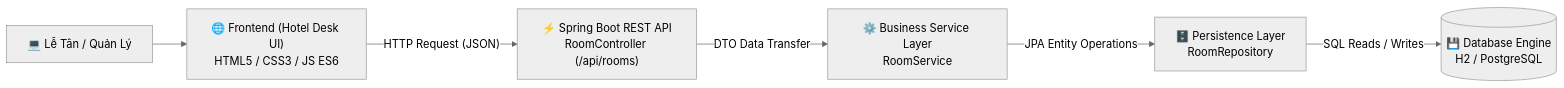
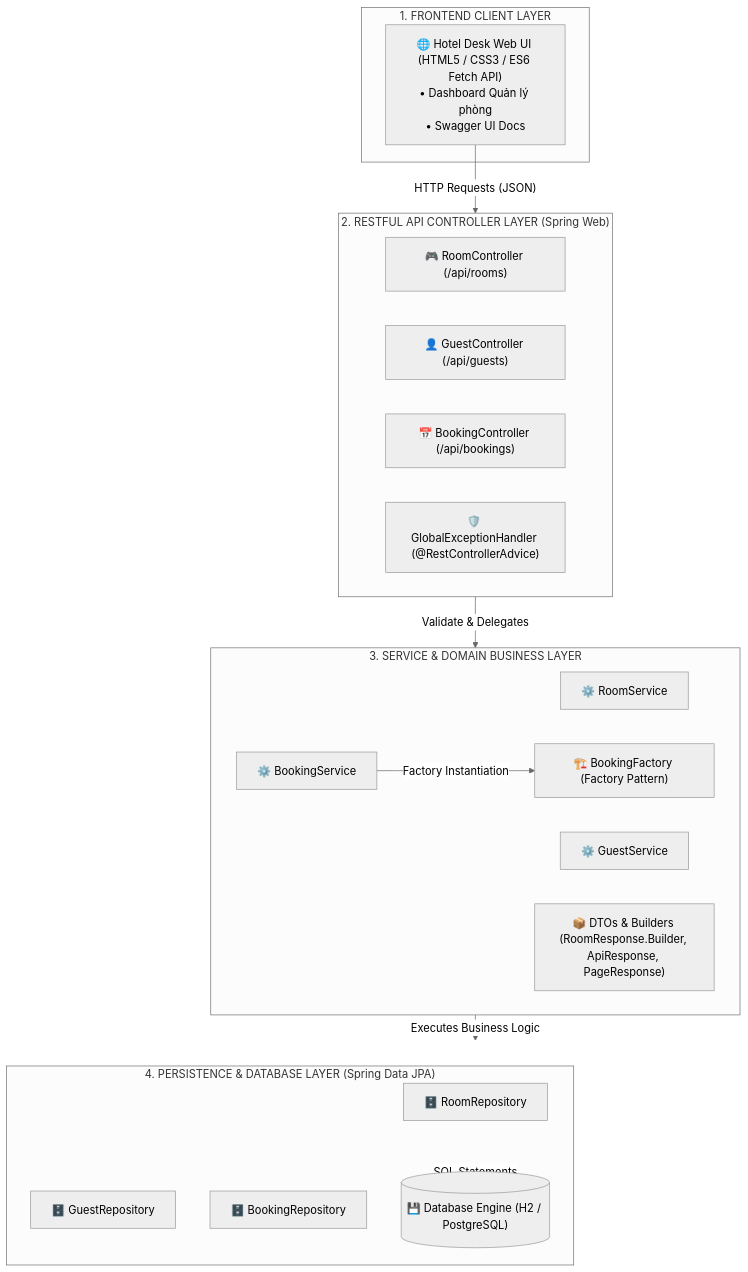
The first of 3 diagrams in README.md (DragonGod655/LTUD), drawn with Mermaid (neutral theme) before and after one commit. The commit also changed other lines of this file and 115 other files, not shown here.

````diff
--- a/README.md
+++ b/README.md
@@ -94,8 +80,34 @@
 ```mermaid
-flowchart LR
-    U["💻 Lễ Tân / Quản Lý"] --> FE["🌐 Frontend (Hotel Desk UI)<br/>HTML5 / CSS3 / JS ES6"]
-    FE -- "HTTP Request (JSON)" --> API["⚡ Spring Boot REST API<br/>RoomController (/api/rooms)"]
-    API -- "DTO Data Transfer" --> S["⚙️ Business Service Layer<br/>RoomService"]
-    S -- "JPA Entity Operations" --> R["🗄️ Persistence Layer<br/>RoomRepository"]
-    R -- "SQL Reads / Writes" --> DB[("💾 Database Engine<br/>H2 / PostgreSQL")]
+flowchart TD
+    subgraph Layer1["1. FRONTEND CLIENT LAYER"]
+        UI["🌐 Hotel Desk Web UI (HTML5 / CSS3 / ES6 Fetch API)<br/>• Dashboard Quản lý phòng<br/>• Swagger UI Docs"]
+    end
+
+    subgraph Layer2["2. RESTFUL API CONTROLLER LAYER (Spring Web)"]
+        RC["🎮 RoomController (/api/rooms)"]
+        GC["👤 GuestController (/api/guests)"]
+        BC["📅 BookingController (/api/bookings)"]
+        GEH["🛡️ GlobalExceptionHandler (@RestControllerAdvice)"]
+    end
+
+    subgraph Layer3["3. SERVICE & DOMAIN BUSINESS LAYER"]
+        RS["⚙️ RoomService"]
+        GS["⚙️ GuestService"]
+        BS["⚙️ BookingService"]
+        BF["🏗️ BookingFactory (Factory Pattern)"]
+        DTO["📦 DTOs & Builders (RoomResponse.Builder, ApiResponse, PageResponse)"]
+    end
+
+    subgraph Layer4["4. PERSISTENCE & DATABASE LAYER (Spring Data JPA)"]
+        RR["🗄️ RoomRepository"]
+        GR["🗄️ GuestRepository"]
+        BR["🗄️ BookingRepository"]
+        DB[("💾 Database Engine (H2 / PostgreSQL)")]
+    end
+
+    UI -- "HTTP Requests (JSON)" --> Layer2
+    Layer2 -- "Validate & Delegates" --> Layer3
+    BS -- "Factory Instantiation" --> BF
+    Layer3 -- "Executes Business Logic" --> Layer4
+    Layer4 -- "SQL Statements" --> DB
 ```
````
